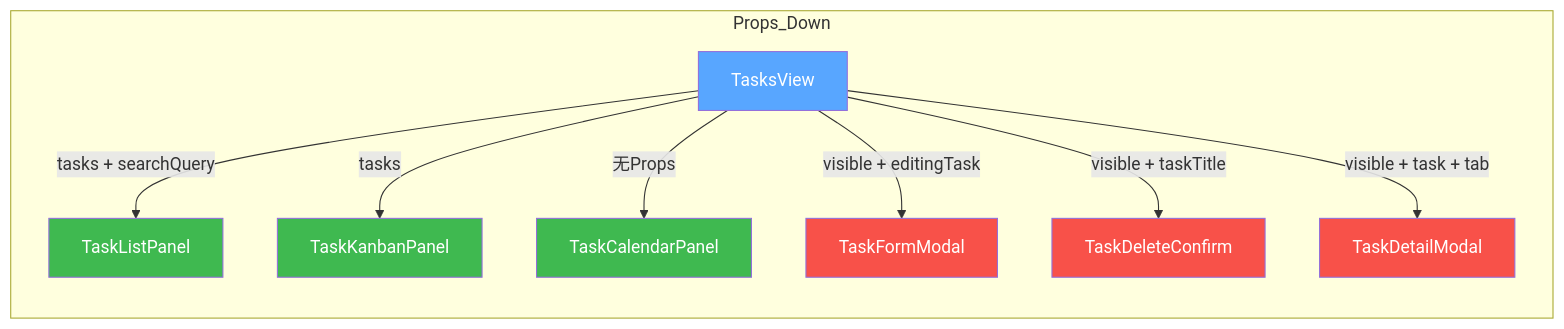
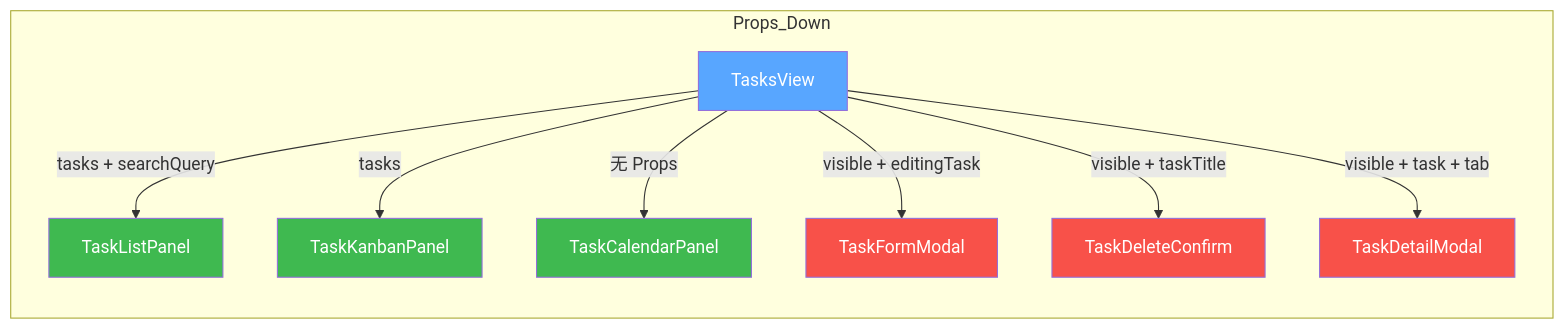
The third of 8 diagrams in DevNotes/Module/TasksView/TasksView.structure.md (zc63463-cmyk/potodoroX), drawn with Mermaid before and after one commit. The commit also changed other lines of this file and 1 other file, not shown here.

Commit message:
docs: update TasksView module docs with session grouping and calendar modal changes

````diff
--- a/DevNotes/Module/TasksView/TasksView.structure.md
+++ b/DevNotes/Module/TasksView/TasksView.structure.md
@@ -122,19 +122,19 @@
 ```mermaid
 graph LR
     subgraph Props_Down
         A[TasksView] -->|tasks + searchQuery| B[TaskListPanel]
         A -->|tasks| C[TaskKanbanPanel]
-        A -->|无Props| D[TaskCalendarPanel]
+        A -->|无 Props| D[TaskCalendarPanel]
         A -->|visible + editingTask| E[TaskFormModal]
         A -->|visible + taskTitle| F[TaskDeleteConfirm]
         A -->|visible + task + tab| G[TaskDetailModal]
     end
 
     style A fill:#58A6FF,color:#fff
     style B fill:#3FB950,color:#fff
     style C fill:#3FB950,color:#fff
     style D fill:#3FB950,color:#fff
     style E fill:#F85149,color:#fff
     style F fill:#F85149,color:#fff
     style G fill:#F85149,color:#fff
 ```
````
